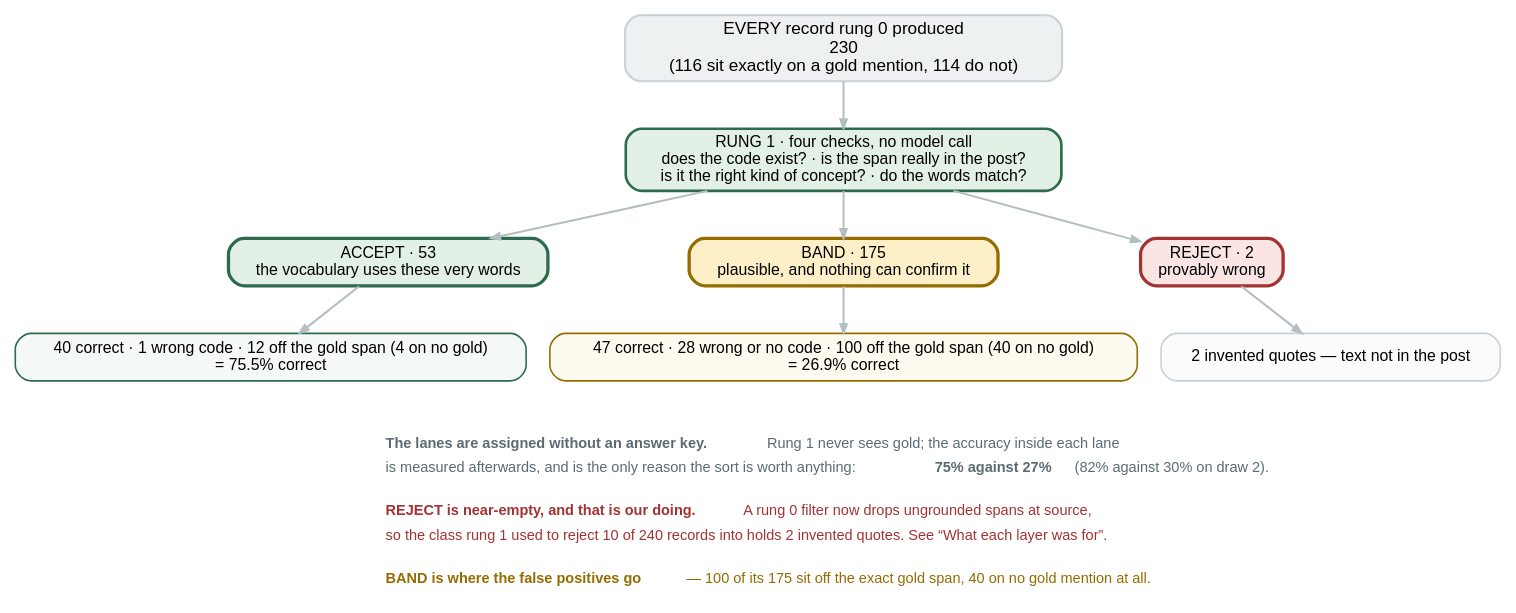
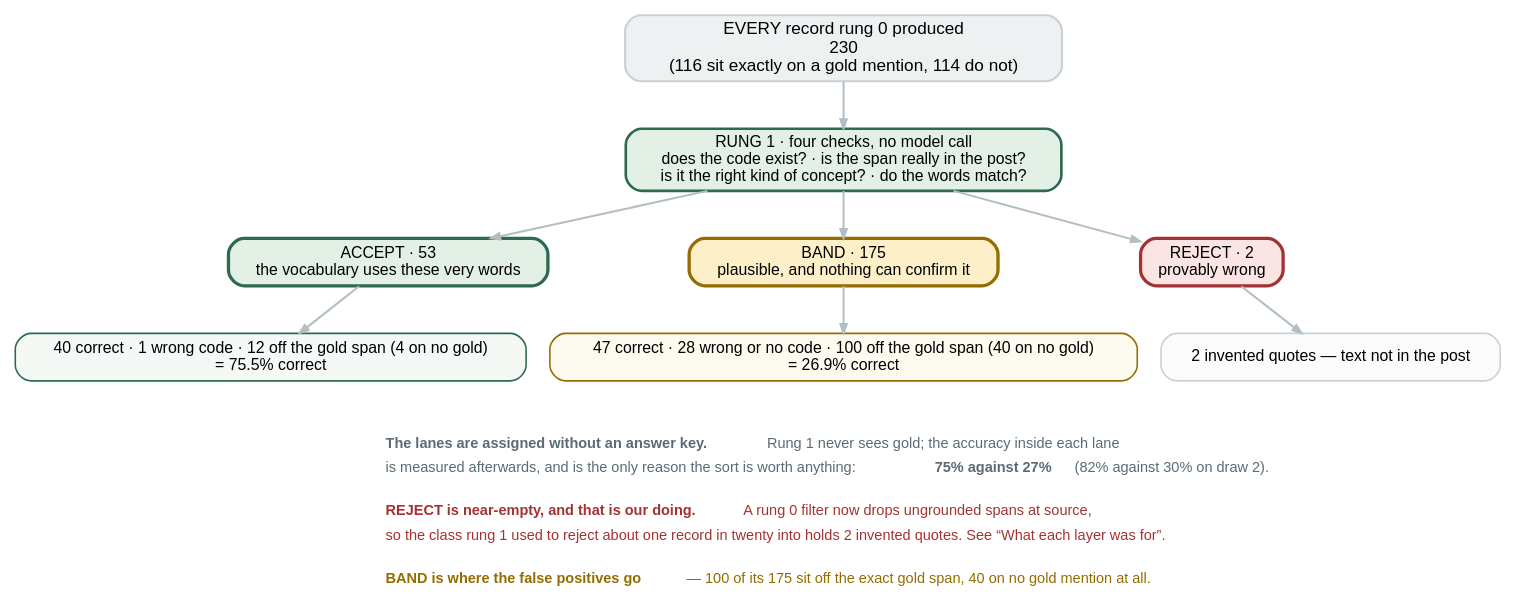
The diagram in docs/figures/fig10-rung1.dot (wbagais/reliability-ladder), drawn with Graphviz before and after one commit. The commit also changed 3 other files, not shown here.

Commit message:
Figures: the last two earlier-run tokens removed from figure sources (rung 1 note, rung 2 FiNER example now a base-run rejection)

```diff
--- a/docs/figures/fig10-rung1.dot
+++ b/docs/figures/fig10-rung1.dot
@@ -1,66 +1,64 @@
 // Rung 1 on CADEC dev, rerun-cadec-d0 (2026-09-03; draw 1 identical). Every record rung 0 emitted, sorted into three
 // lanes by deterministic checks alone — no model call, identical every run.
 //
 // WHAT ENTERS: everything. Rung 1 judges without routing, so it sees the false
 // positives too, not just the records that matched a gold mention.
 //
 // The correct / wrong / no-gold split inside each lane is scored afterwards
 // against gold; rung 1 itself never sees it. That is the whole point — the lane
 // is assigned from the vocabulary alone, and the accuracy inside it is what
 // makes the lane worth anything.
 //
 // Draw 2: ACCEPT 82.4%, BAND 30.4%, REJECT 3. Counts from out/rerun/cadec.json.
 //
-// THE REJECT NOTE IS A DEV-TO-DEV COMPARISON and must stay one. It read "5.1% of
-// records" until 2026-09-03; that is phaseF-test-1, the TEST split, and pairing
-// it with a dev figure made a before/after out of two different populations. The
-// matched pair is full-ladder-dev-1's 10 of 240 against audit-full-dev-1's 1 of
-// 248, both dev.
+// THE REJECT NOTE IS A DEV-TO-DEV COMPARISON and must stay one, and it names no
+// earlier-run figure: "about one in twenty" is what dev REJECT held before the
+// ungrounded-span filter, per docs/decisions.md.
 //
 // COLOUR KEY — the article's zone colours, unchanged from fig1-wiring:
 //   green #2d6a4f ACCEPT   amber #946c00 BAND   red #a33333 REJECT
 digraph rung1 {
   rankdir=TB; bgcolor="white";
   node [shape=box style="filled,rounded" fontname="Helvetica" fontsize=12
         color="#c8d1d5" penwidth=1.2];
   edge [color="#b3bec3" penwidth=1.5 arrowsize=0.7 fontname="Helvetica" fontsize=10];
 
   in [label="EVERY record rung 0 produced\n230\n(116 sit exactly on a gold mention, 114 do not)"
       fillcolor="#eef1f2" fontsize=13 penwidth=1.6];
 
   chk [label="RUNG 1 · four checks, no model call\ndoes the code exist? · is the span really in the post?\nis it the right kind of concept? · do the words match?"
        fillcolor="#e3f0e6" color="#2d6a4f" penwidth=2];
 
   acc [label="ACCEPT · 53\nthe vocabulary uses these very words"
        fillcolor="#e3f0e6" color="#2d6a4f" penwidth=2.5];
   band[label="BAND · 175\nplausible, and nothing can confirm it"
        fillcolor="#fdf0c8" color="#946c00" penwidth=2.5];
   rej [label="REJECT · 2\nprovably wrong"
        fillcolor="#fbe4e4" color="#a33333" penwidth=2.5];
 
   accd [label="40 correct · 1 wrong code · 12 off the gold span (4 on no gold)\n= 75.5% correct"
         fillcolor="#f4f9f6" color="#2d6a4f"];
   bandd[label="47 correct · 28 wrong or no code · 100 off the gold span (40 on no gold)\n= 26.9% correct"
         fillcolor="#fdfaf0" color="#946c00"];
   rejd [label="2 invented quotes — text not in the post"
         fillcolor="#fbfbfb" color="#c8d1d5"];
 
   in -> chk;
   chk -> acc; chk -> band; chk -> rej;
   acc -> accd; band -> bandd; rej -> rejd;
 
   { rank=same; acc; band; rej }
   { rank=same; accd; bandd; rejd }
 
   note [shape=plaintext style="" fillcolor="white"
         label=<<TABLE BORDER="0" CELLBORDER="0" CELLSPACING="0" CELLPADDING="3">
         <TR><TD ALIGN="LEFT"><FONT POINT-SIZE="11" COLOR="#5a6b73"><B>The lanes are assigned without an answer key.</B> Rung 1 never sees gold; the accuracy inside each lane</FONT></TD></TR>
         <TR><TD ALIGN="LEFT"><FONT POINT-SIZE="11" COLOR="#5a6b73">is measured afterwards, and is the only reason the sort is worth anything: <B>75% against 27%</B> (82% against 30% on draw 2).</FONT></TD></TR>
         <TR><TD ALIGN="LEFT"><FONT POINT-SIZE="8"> </FONT></TD></TR>
         <TR><TD ALIGN="LEFT"><FONT POINT-SIZE="11" COLOR="#a33333"><B>REJECT is near-empty, and that is our doing.</B> A rung 0 filter now drops ungrounded spans at source,</FONT></TD></TR>
-        <TR><TD ALIGN="LEFT"><FONT POINT-SIZE="11" COLOR="#a33333">so the class rung 1 used to reject 10 of 240 records into holds 2 invented quotes. See “What each layer was for”.</FONT></TD></TR>
+        <TR><TD ALIGN="LEFT"><FONT POINT-SIZE="11" COLOR="#a33333">so the class rung 1 used to reject about one record in twenty into holds 2 invented quotes. See “What each layer was for”.</FONT></TD></TR>
         <TR><TD ALIGN="LEFT"><FONT POINT-SIZE="8"> </FONT></TD></TR>
         <TR><TD ALIGN="LEFT"><FONT POINT-SIZE="11" COLOR="#946c00"><B>BAND is where the false positives go</B> — 100 of its 175 sit off the exact gold span, 40 on no gold mention at all.</FONT></TD></TR>
         </TABLE>>];
   bandd -> note [style=invis];
 }
```
